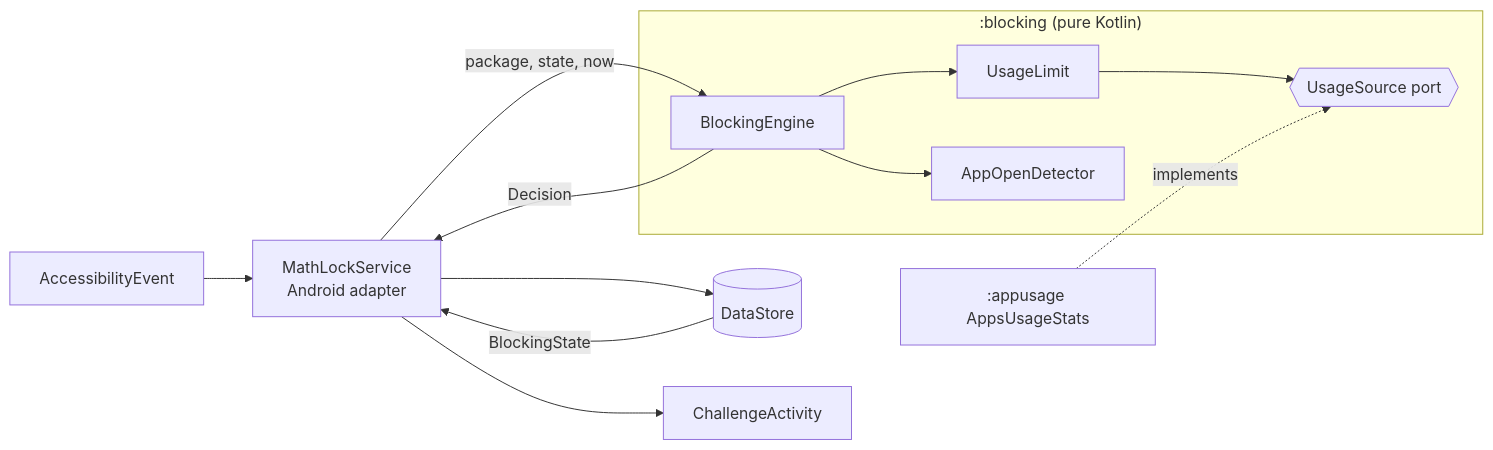
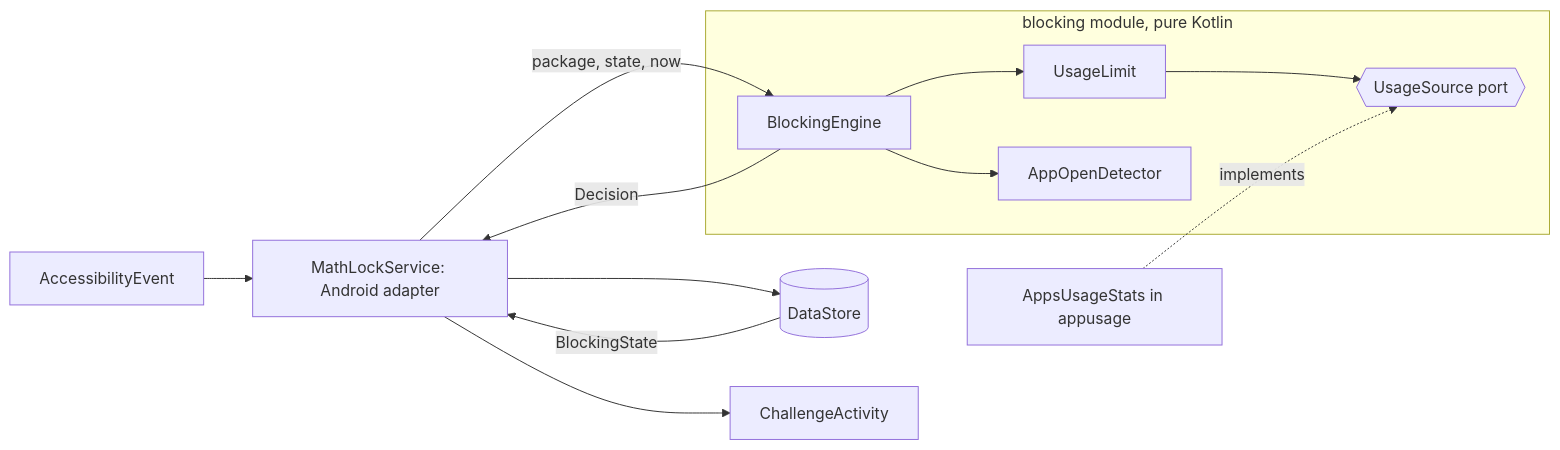
The third of 4 diagrams in ARCHITECTURE.md (msbelaid/PlugBrain), drawn with Mermaid before and after one commit. The commit also changed other lines of this file, not shown here.

First line of the commit message:
Simplify the ARCHITECTURE.md diagrams for GitHub's Mermaid renderer

````diff
--- a/ARCHITECTURE.md
+++ b/ARCHITECTURE.md
@@ -53,15 +57,15 @@
 ```mermaid
 flowchart LR
-  E[AccessibilityEvent] --> S[MathLockService<br/>Android adapter]
-  DS[(DataStore)] -- BlockingState --> S
-  S -- package, state, now --> BE
-  subgraph B[":blocking (pure Kotlin)"]
+  E[AccessibilityEvent] --> S[MathLockService: Android adapter]
+  DS[(DataStore)] -->|BlockingState| S
+  S -->|package, state, now| BE
+  subgraph B [blocking module, pure Kotlin]
     BE[BlockingEngine] --> UL[UsageLimit]
     BE --> AD[AppOpenDetector]
     UL --> P{{UsageSource port}}
   end
-  BE -- Decision --> S
+  BE -->|Decision| S
   S --> C[ChallengeActivity]
   S --> DS
-  U[":appusage AppsUsageStats"] -. implements .-> P
+  U[AppsUsageStats in appusage] -.->|implements| P
 ```
````
